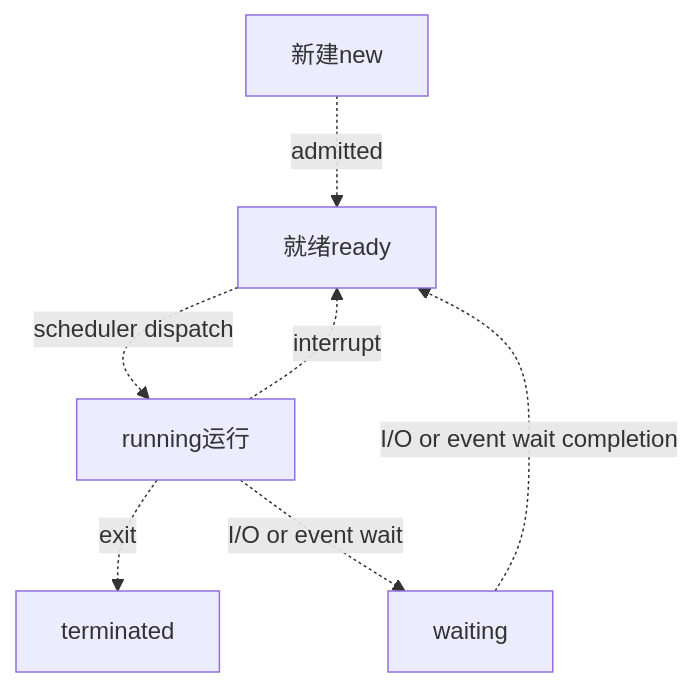
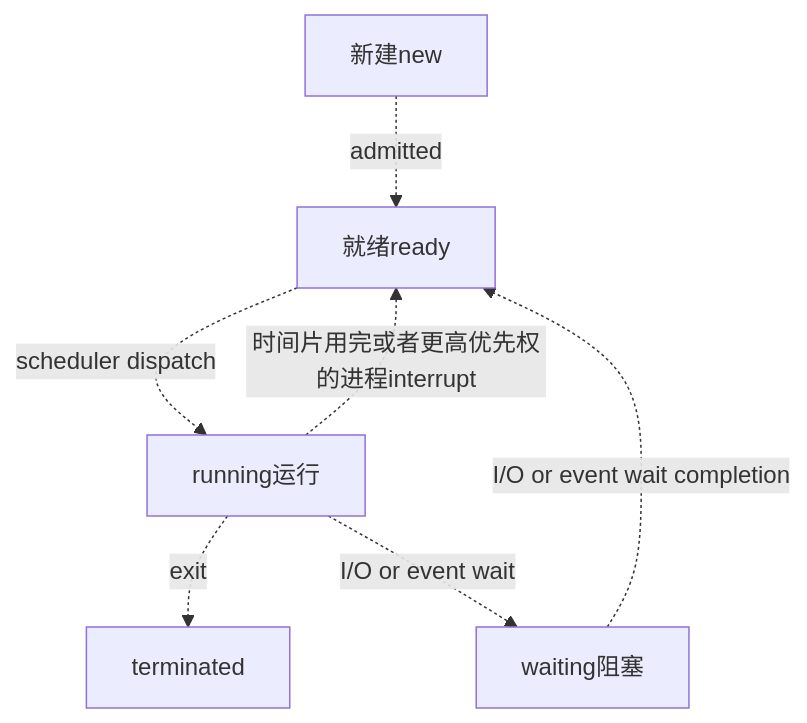
The diagram in OS/OSnotebook.md (LukeLIN-web/curriculum_design), drawn with Mermaid before and after one commit. The commit also changed 34 other files, not shown here.

````diff
--- a/OS/OSnotebook.md
+++ b/OS/OSnotebook.md
@@ -325,9 +325,9 @@
 ```mermaid
 graph TB
 新建new -.admitted.->就绪ready
 就绪ready-.scheduler dispatch.->running运行
 running运行-.exit.->terminated
-running运行-.interrupt.->就绪ready
-running运行 -.I/O or event wait.->waiting
-waiting-.I/O or event wait completion.->就绪ready
+running运行-.时间片用完或者更高优先权的进程interrupt.->就绪ready
+running运行 -.I/O or event wait.->waiting阻塞
+waiting阻塞-.I/O or event wait completion.->就绪ready
 ```
````
